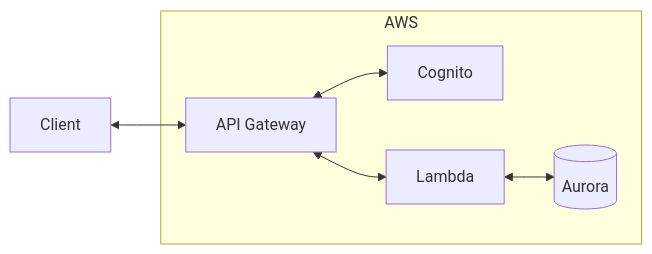
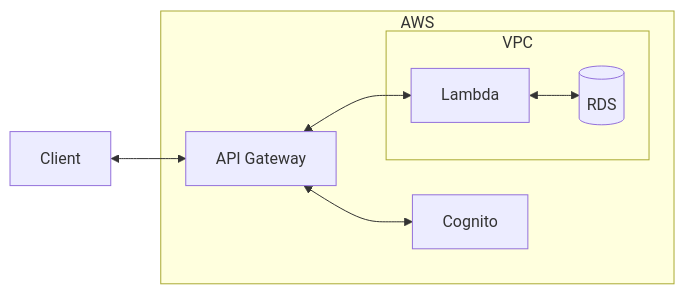
Before and after one commit to HarryVerhoef/currycompare: the diagram in documentation/architecture/api.md, drawn with Mermaid. The commit also changed 8 other files, not shown here.

````diff
--- a/documentation/architecture/api.md
+++ b/documentation/architecture/api.md
@@ -3,10 +3,12 @@
 ```mermaid
 flowchart LR
 
 Client <--> api[API Gateway]
 subgraph AWS
 api <--> Cognito
 api <--> Lambda
-Lambda <--> aurora[(Aurora)]
+subgraph VPC
+Lambda <--> RDS[(RDS)]
+end
 end
 ```
````
